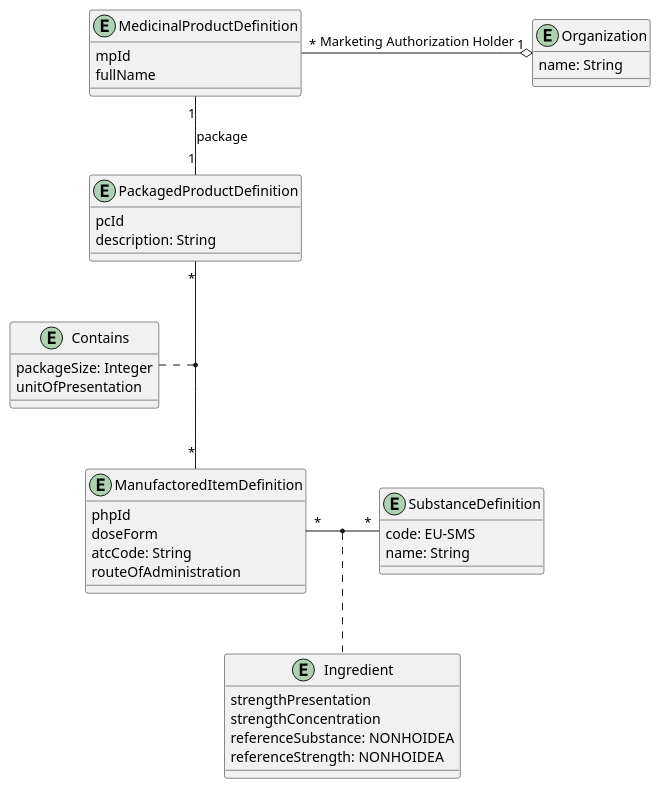
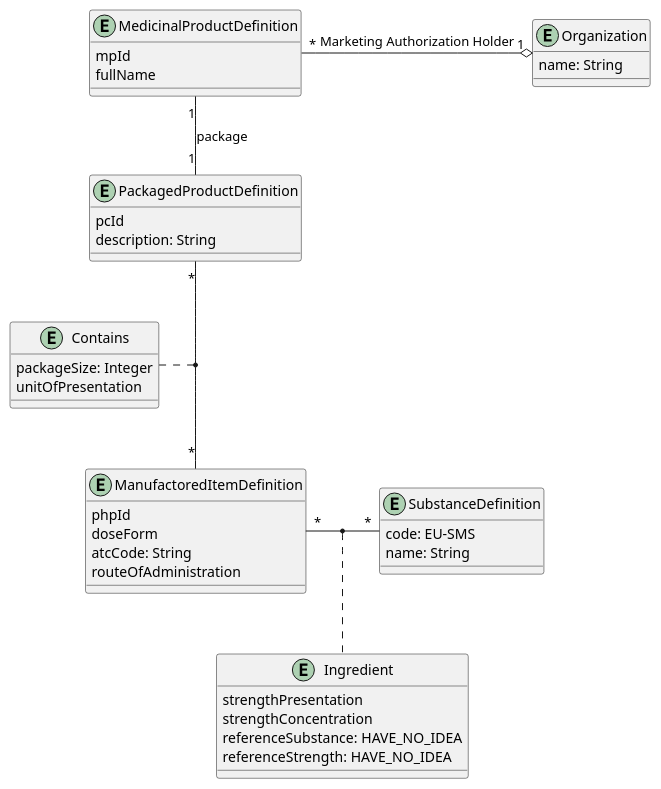
One commit to unicom-project-eu/wp6-db-api changed the diagram in uml/class/fhirDataModel-full.puml. Above: the diagram before and after it, drawn with PlantUML. The commit also changed 1 other file, not shown here.

```diff
--- a/uml/class/fhirDataModel-full.puml
+++ b/uml/class/fhirDataModel-full.puml
@@ -1,50 +1,50 @@
 @startuml
 
 entity MedicinalProductDefinition {
     mpId
     fullName
 }
 
 entity Organization {
     name: String
 }
 
 entity PackagedProductDefinition {
     pcId
     description: String
 }
 
 entity Contains {
     packageSize: Integer
     unitOfPresentation
 }
 
 entity ManufactoredItemDefinition {
     phpId
     doseForm
     atcCode: String
     routeOfAdministration
 }
 
 entity Ingredient {
     strengthPresentation
     strengthConcentration
-    referenceSubstance: NONHOIDEA
-    referenceStrength: NONHOIDEA
+    referenceSubstance: HAVE_NO_IDEA
+    referenceStrength: HAVE_NO_IDEA
 }
 
 entity SubstanceDefinition {
     code: EU-SMS
     name: String
 }
 
 MedicinalProductDefinition "1" -- "1" PackagedProductDefinition : package
 MedicinalProductDefinition "*" -o "1" Organization : "Marketing Authorization Holder"
 
 PackagedProductDefinition "*" -- "*" ManufactoredItemDefinition
 Contains . (PackagedProductDefinition, ManufactoredItemDefinition)
 
 ManufactoredItemDefinition "*" - "*" SubstanceDefinition
 (ManufactoredItemDefinition, SubstanceDefinition) .. Ingredient
 
 @enduml
```
